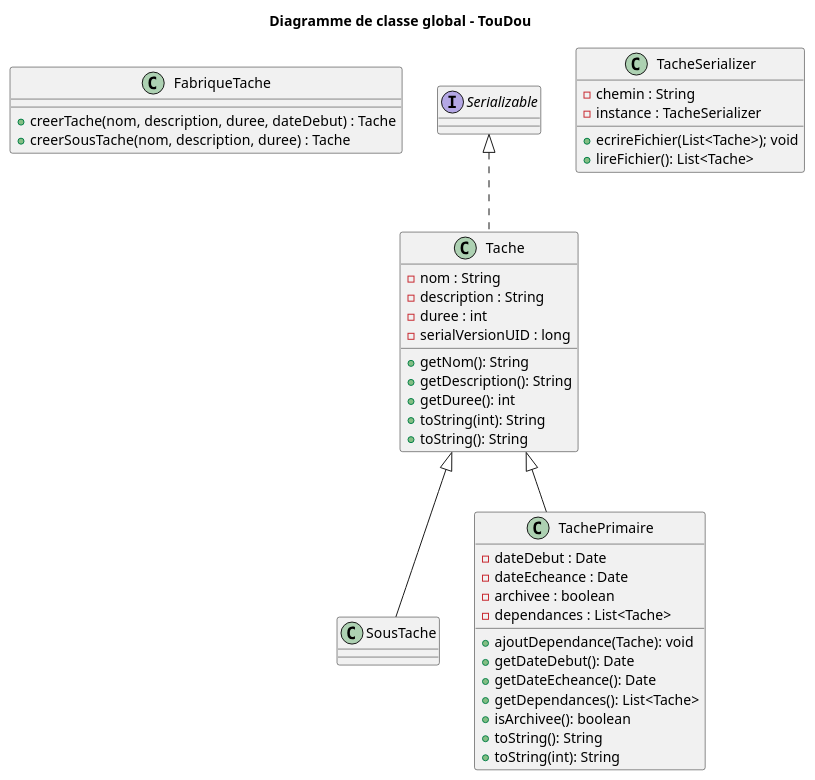
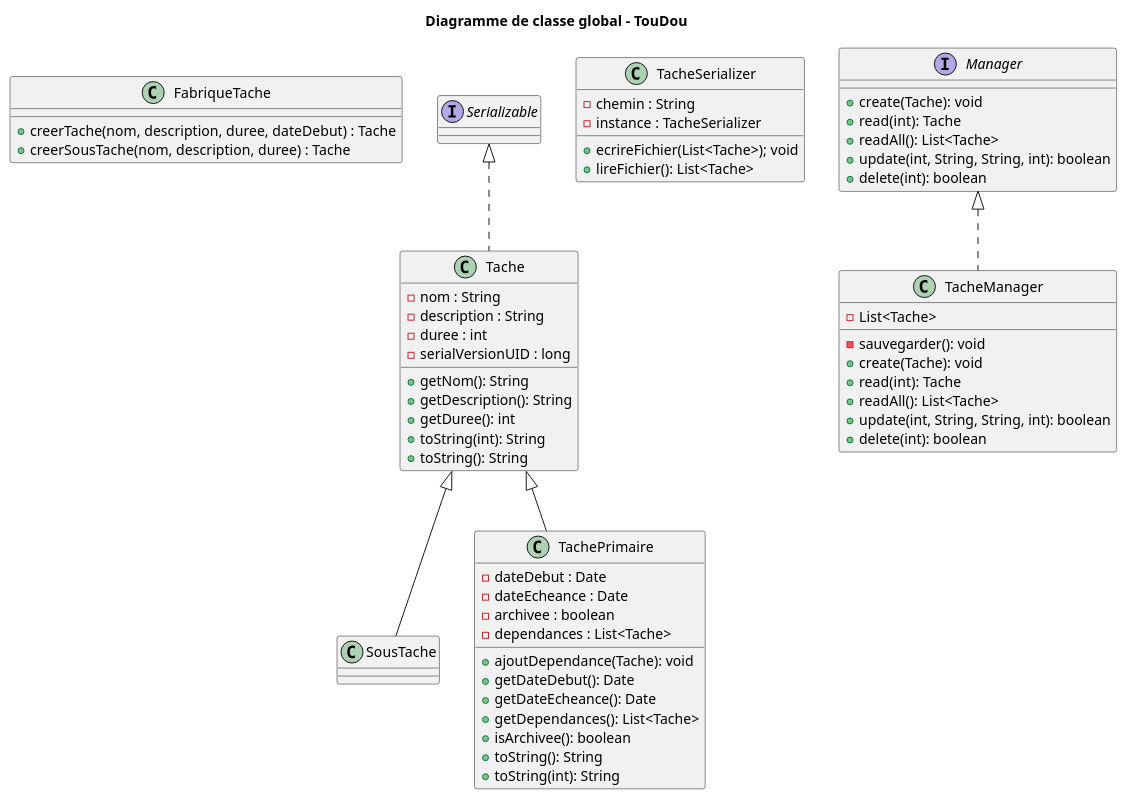
Before and after one commit to IanisPocachard/TouDou: the diagram in src/uml/DiagClass.puml, drawn with PlantUML.

Commit message:
fin diagramme de classee

```diff
--- a/src/uml/DiagClass.puml
+++ b/src/uml/DiagClass.puml
@@ -1,52 +1,68 @@
 @startuml
 
 title Diagramme de classe global - TouDou
 
     class FabriqueTache {
         + creerTache(nom, description, duree, dateDebut) : Tache
         + creerSousTache(nom, description, duree) : Tache
     }
 
     class Tache implements Serializable{
         - nom : String
         - description : String
         - duree : int
         - serialVersionUID : long
 
         + getNom(): String
         + getDescription(): String
         + getDuree(): int
         + toString(int): String
         + toString(): String
     }
 
     class SousTache extends Tache{
     }
 
     class TachePrimaire extends Tache{
         - dateDebut : Date
         - dateEcheance : Date
         - archivee : boolean
         - dependances : List<Tache>
 
         + ajoutDependance(Tache): void
         + getDateDebut(): Date
         + getDateEcheance(): Date
         + getDependances(): List<Tache>
         + isArchivee(): boolean
         + toString(): String
         + toString(int): String
     }
 
     class TacheSerializer{
         - chemin : String
         - instance : TacheSerializer
 
         + ecrireFichier(List<Tache>); void
         + lireFichier(): List<Tache>
     }
 
-    
+    interface Manager{
+        + create(Tache): void
+        + read(int): Tache
+        + readAll(): List<Tache>
+        + update(int, String, String, int): boolean
+        + delete(int): boolean
+    }
+
+    class TacheManager implements Manager{
+        - List<Tache>
+        - sauvegarder(): void
+        + create(Tache): void
+        + read(int): Tache
+        + readAll(): List<Tache>
+        + update(int, String, String, int): boolean
+        + delete(int): boolean
+    }
 
 
 @enduml
```
